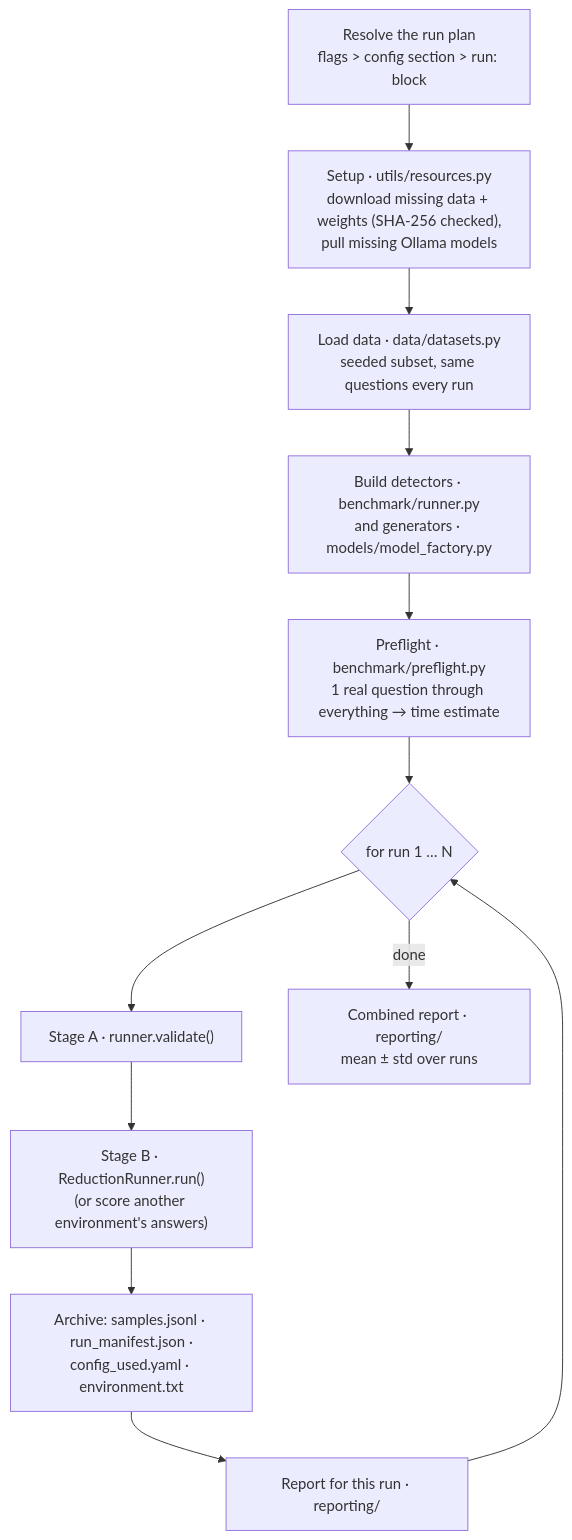
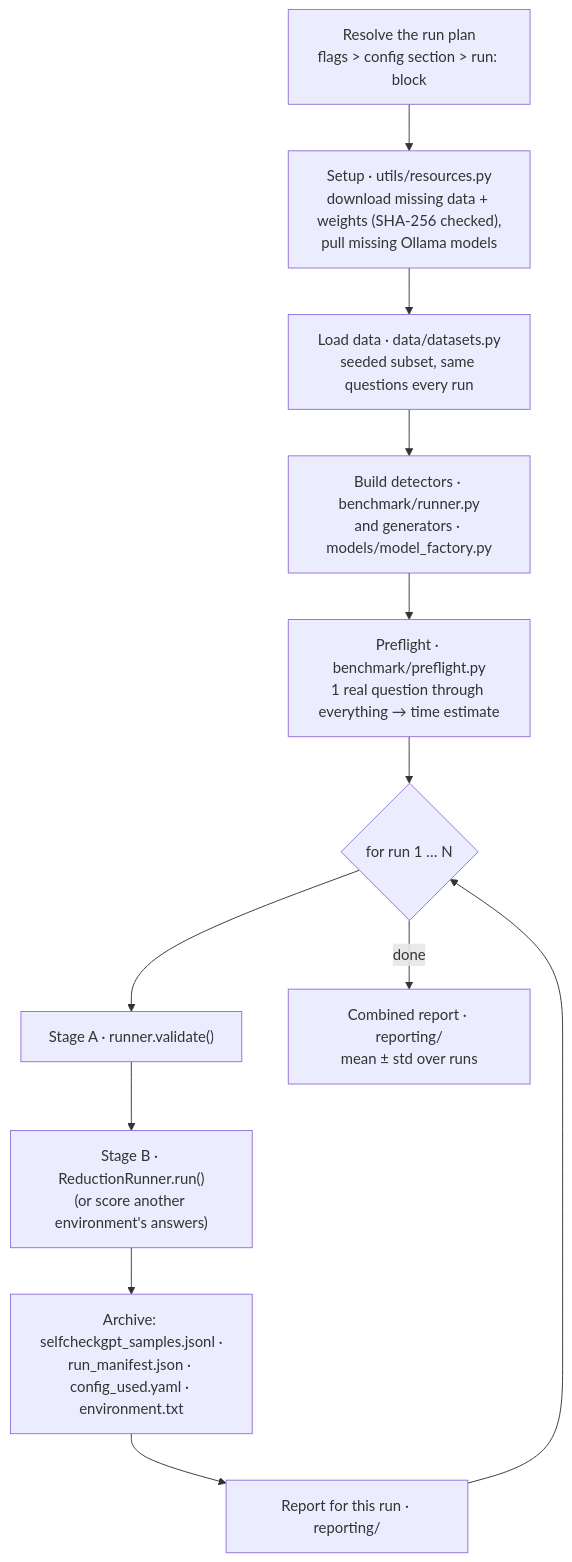
The third of 5 diagrams in docs/ARCHITECTURE.md (DharambirAgrawal/LLM-hallucination-Research), drawn with Mermaid before and after one commit. The commit also changed other lines of this file and 18 other files, not shown here.

````diff
--- a/docs/ARCHITECTURE.md
+++ b/docs/ARCHITECTURE.md
@@ -70,14 +70,14 @@
 ```mermaid
 flowchart TD
     a["Resolve the run plan<br/>flags > config section > run: block"] --> b["Setup · utils/resources.py<br/>download missing data + weights (SHA-256 checked),<br/>pull missing Ollama models"]
     b --> c["Load data · data/datasets.py<br/>seeded subset, same questions every run"]
     c --> d["Build detectors · benchmark/runner.py<br/>and generators · models/model_factory.py"]
     d --> e["Preflight · benchmark/preflight.py<br/>1 real question through everything → time estimate"]
     e --> f{"for run 1 … N"}
     f --> g["Stage A · runner.validate()"]
     g --> h["Stage B · ReductionRunner.run()<br/>(or score another environment's answers)"]
-    h --> i["Archive: samples.jsonl · run_manifest.json ·<br/>config_used.yaml · environment.txt"]
+    h --> i["Archive: selfcheckgpt_samples.jsonl ·<br/>run_manifest.json · config_used.yaml · environment.txt"]
     i --> j["Report for this run · reporting/"]
     j --> f
     f -->|done| k["Combined report · reporting/<br/>mean ± std over runs"]
 ```
````
